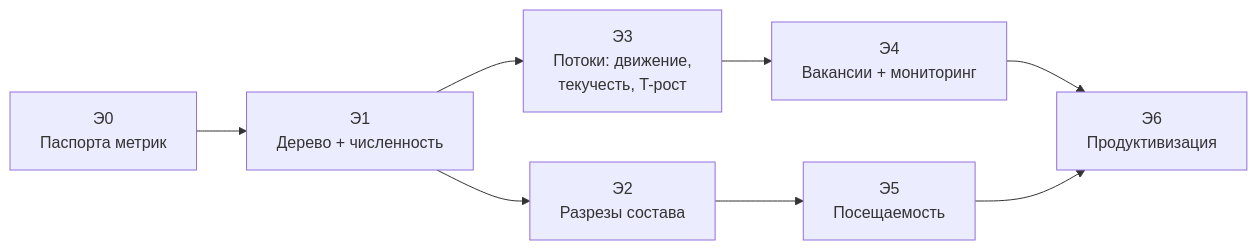
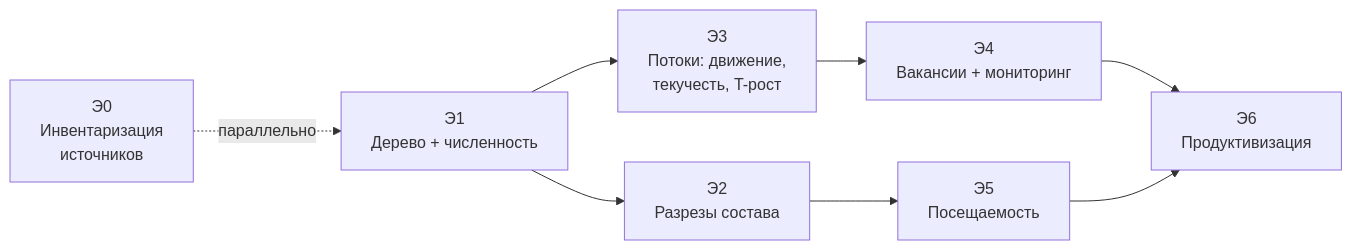
The fourth of 4 diagrams in Team Pulse/SOURCES.md (romuney/TeamPulse), drawn with Mermaid before and after one commit. The commit also changed other lines of this file and 1 other file, not shown here.

First line of the commit message:
Источники: каркас отделён от неутверждённых метрик, история снята с вопросов

````diff
--- a/Team Pulse/SOURCES.md
+++ b/Team Pulse/SOURCES.md
@@ -945,10 +1000,10 @@
 ```mermaid
 flowchart LR
-  E0["Э0<br/>Паспорта метрик"] --> E1["Э1<br/>Дерево + численность"]
-  E1 --> E2["Э2<br/>Разрезы состава"]
+  E0["Э0<br/>Инвентаризация<br/>источников"] -. параллельно .-> E1
+  E1["Э1<br/>Дерево + численность"] --> E2["Э2<br/>Разрезы состава"]
   E1 --> E3["Э3<br/>Потоки: движение,<br/>текучесть, T-рост"]
   E2 --> E5["Э5<br/>Посещаемость"]
   E3 --> E4["Э4<br/>Вакансии + мониторинг"]
   E4 --> E6["Э6<br/>Продуктивизация"]
   E5 --> E6
 ```
````
